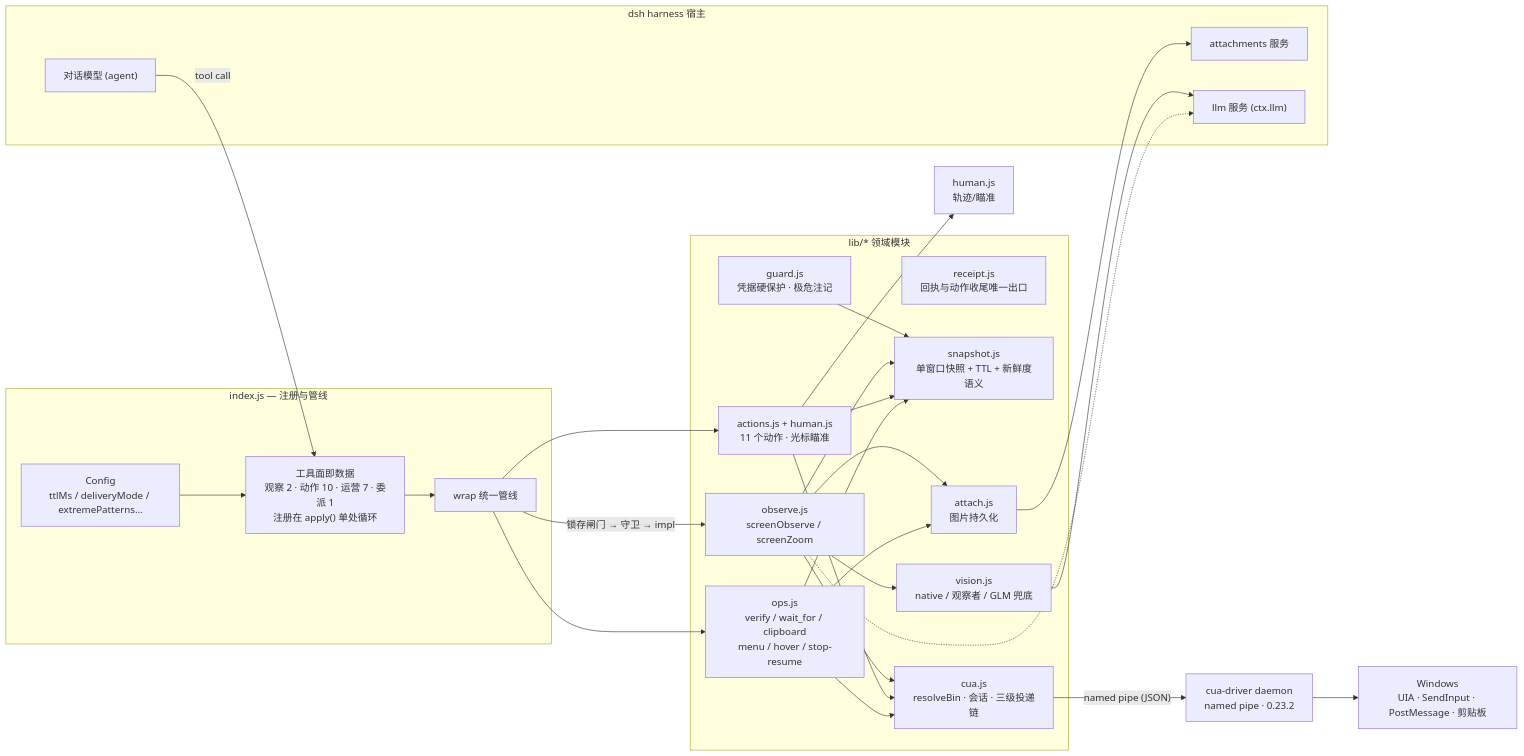
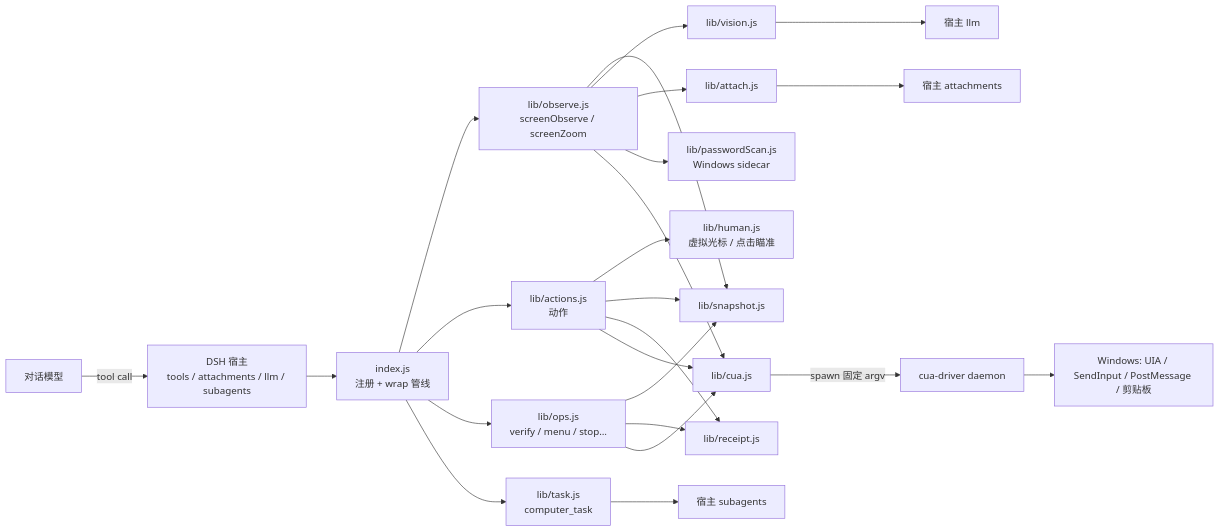
Before and after one commit to orangeofcarl0-sys/dsh-win-computer-use: the first of 4 diagrams in docs/ARCHITECTURE.md, drawn with Mermaid. The commit also changed other lines of this file and 17 other files, not shown here.

````diff
--- a/docs/ARCHITECTURE.md
+++ b/docs/ARCHITECTURE.md
@@ -37,47 +25,26 @@
 ```mermaid
-graph LR
-  subgraph HOST["dsh harness 宿主"]
-    MODEL["对话模型 (agent)"]
-    ATT["attachments 服务"]
-    LLMSVC["llm 服务 (ctx.llm)"]
-  end
-
-  subgraph IDX["index.js — 注册与管线"]
-    REG["工具面即数据<br/>观察 2 · 动作 10 · 运营 7 · 委派 1<br/>注册在 apply() 单处循环"]
-    WRAP["wrap 统一管线"]
-    CFG["Config<br/>ttlMs / deliveryMode / extremePatterns…"]
-  end
-
-  subgraph LIB["lib/* 领域模块"]
-    OBS["observe.js<br/>screenObserve / screenZoom"]
-    ACT["actions.js + human.js<br/>11 个动作 · 光标瞄准"]
-    OPS["ops.js<br/>verify / wait_for / clipboard<br/>menu / hover / stop-resume"]
-    GUARD["guard.js<br/>凭据硬保护 · 极危注记"]
-    RCPT["receipt.js<br/>回执与动作收尾唯一出口"]
-    SNAP["snapshot.js<br/>单窗口快照 + TTL + 新鲜度语义"]
-    VIS["vision.js<br/>native / 观察者 / GLM 兜底"]
-    ATTACH["attach.js<br/>图片持久化"]
-    CUA["cua.js<br/>resolveBin · 会话 · 三级投递链"]
-  end
-
-  DRIVER["cua-driver daemon<br/>named pipe · 0.23.2"]
-  OS["Windows<br/>UIA · SendInput · PostMessage · 剪贴板"]
-
-  MODEL -- "tool call" --> REG
-  CFG --> REG
-  REG --> WRAP
-  WRAP -->|"锁存闸门 → 守卫 → impl"| OBS
-  WRAP --> ACT
-  WRAP --> OPS
-  GUARD --> SNAP
-  OBS --> SNAP & VIS & ATTACH & CUA
-  ACT --> HUMAN2 & SNAP & CUA
-  OPS --> SNAP & ATTACH & CUA
-  VIS --> LLMSVC
-  ATTACH --> ATT
-  OBS -.-> LLMSVC
-  CUA -->|"named pipe (JSON)"| DRIVER
-  DRIVER --> OS
-
-  HUMAN2["human.js<br/>轨迹/瞄准"]
+flowchart LR
+  M["对话模型"] -->|tool call| H["DSH 宿主<br/>tools / attachments / llm / subagents"]
+  H --> P["index.js<br/>注册 + wrap 管线"]
+  P --> OBS["lib/observe.js<br/>screenObserve / screenZoom"]
+  P --> ACT["lib/actions.js<br/>动作"]
+  P --> OPS["lib/ops.js<br/>verify / menu / stop…"]
+  P --> TASK["lib/task.js<br/>computer_task"]
+  ACT --> HUMAN["lib/human.js<br/>虚拟光标 / 点击瞄准"]
+  OBS --> SNAP["lib/snapshot.js"]
+  ACT --> SNAP
+  OPS --> SNAP
+  OBS --> VIS["lib/vision.js"]
+  OBS --> ATT["lib/attach.js"]
+  OBS --> PS["lib/passwordScan.js<br/>Windows sidecar"]
+  ACT --> RECEIPT["lib/receipt.js"]
+  OPS --> RECEIPT
+  OBS --> CUA["lib/cua.js"]
+  ACT --> CUA
+  OPS --> CUA
+  TASK --> SUB["宿主 subagents"]
+  VIS --> LLM["宿主 llm"]
+  ATT --> ATTS["宿主 attachments"]
+  CUA -->|"spawn 固定 argv"| DRV["cua-driver daemon"]
+  DRV --> OS["Windows: UIA / SendInput / PostMessage / 剪贴板"]
 ```
````
